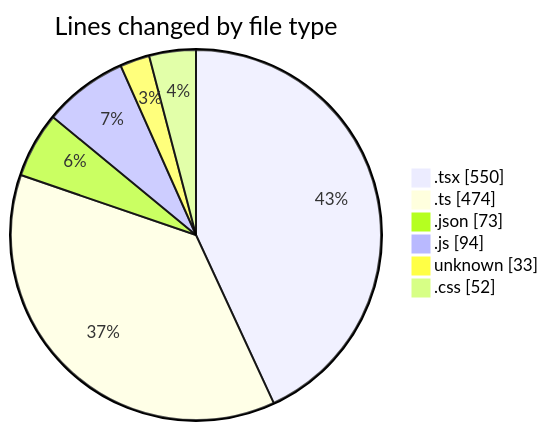
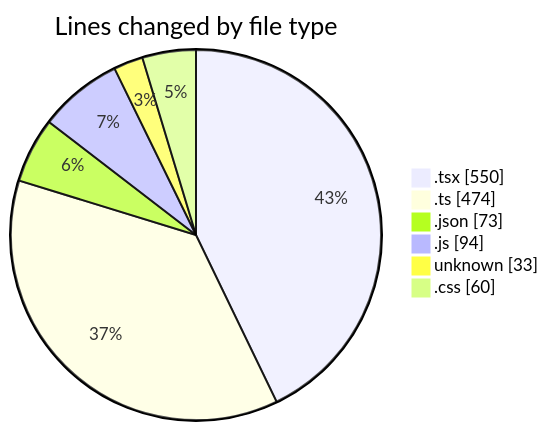
One commit to robertbonfada/code-tracking changed the first of 2 diagrams in 2025-01-20/mbc-web/README.md. Above: the diagram before and after it, drawn with Mermaid. The commit also changed other lines of this file and 1 other file, not shown here.

````diff
--- a/2025-01-20/mbc-web/README.md
+++ b/2025-01-20/mbc-web/README.md
@@ -36,10 +36,10 @@
 ```mermaid
 pie showData
 title Lines changed by file type
 ".tsx" : 550
 ".ts" : 474
 ".json" : 73
 ".js" : 94
 "unknown" : 33
-".css" : 52
+".css" : 60
 ```
````
